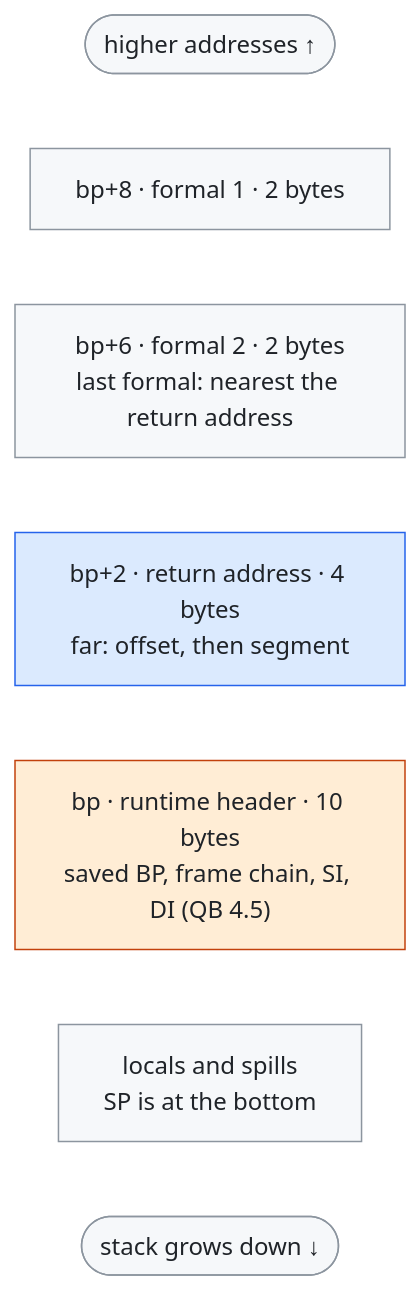
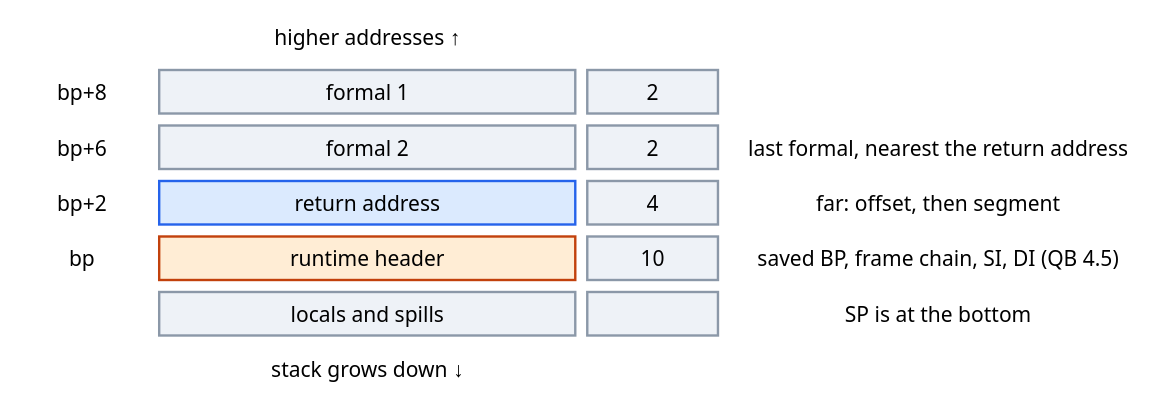
One commit to ali-mosavian/llrm changed the second of 5 diagrams in docs/working/mermaid-trial.md. Above: the diagram before and after it, drawn with Mermaid. The commit also changed other lines of this file, not shown here.

Commit message:
docs: the mermaid trial gets one shared style, a block diagram for the stack and spacing for the timeline

````diff
--- a/docs/working/mermaid-trial.md
+++ b/docs/working/mermaid-trial.md
@@ -32,14 +55,22 @@
 ```mermaid
-flowchart TB
-  classDef cell fill:#f6f8fa,stroke:#8c959f,color:#1f2328
-  classDef ret fill:#dbeafe,stroke:#2563eb,color:#1f2328
-  classDef hdr fill:#ffedd5,stroke:#c2410c,color:#1f2328
-  top(["higher addresses ↑"]):::cell
-  f1["bp+8 · formal 1 · 2 bytes"]:::cell
-  f2["bp+6 · formal 2 · 2 bytes<br/>last formal: nearest the return address"]:::cell
-  ra["bp+2 · return address · 4 bytes<br/>far: offset, then segment"]:::ret
-  hd["bp · runtime header · 10 bytes<br/>saved BP, frame chain, SI, DI (QB 4.5)"]:::hdr
-  lo["locals and spills<br/>SP is at the bottom"]:::cell
-  bot(["stack grows down ↓"]):::cell
-  top ~~~ f1 ~~~ f2 ~~~ ra ~~~ hd ~~~ lo ~~~ bot
+%%{init: {'theme':'base','themeVariables':{'fontFamily':'Segoe UI, Helvetica Neue, Arial, DejaVu Sans, sans-serif','fontSize':'14px','primaryColor':'#eef2f7','primaryTextColor':'#1f2328','primaryBorderColor':'#8b98a8','lineColor':'#7d8590','textColor':'#7d8590'}}}%%
+block-beta
+  columns 8
+  space:1 up["higher addresses ↑"]:3 space:4
+  o1["bp+8"] c1["formal 1"]:3 s1["2"] n1[" "]:3
+  o2["bp+6"] c2["formal 2"]:3 s2["2"] n2["last formal, nearest the return address"]:3
+  o3["bp+2"] c3["return address"]:3 s3["4"] n3["far: offset, then segment"]:3
+  o4["bp"] c4["runtime header"]:3 s4["10"] n4["saved BP, frame chain, SI, DI (QB 4.5)"]:3
+  o5[" "] c5["locals and spills"]:3 s5[" "] n5["SP is at the bottom"]:3
+  space:1 dn["stack grows down ↓"]:3 space:4
+  classDef off fill:transparent,stroke:transparent,color:#7d8590
+  classDef cell fill:#eef2f7,stroke:#8b98a8,stroke-width:1.6px,color:#1f2328
+  classDef ret fill:#dbeafe,stroke:#2563eb,stroke-width:1.6px,color:#1f2328
+  classDef hdr fill:#ffedd5,stroke:#c2410c,stroke-width:1.6px,color:#1f2328
+  classDef size fill:#eef2f7,stroke:#8b98a8,stroke-width:1.6px,color:#7d8590
+  class up,dn,o1,o2,o3,o4,o5,n1,n2,n3,n4,n5 off
+  class c1,c2,c5 cell
+  class c3 ret
+  class c4 hdr
+  class s1,s2,s3,s4,s5 size
 ```
````
